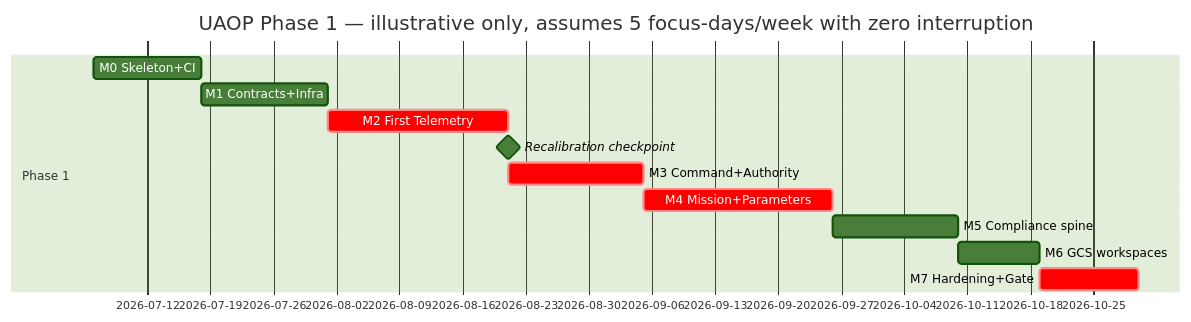
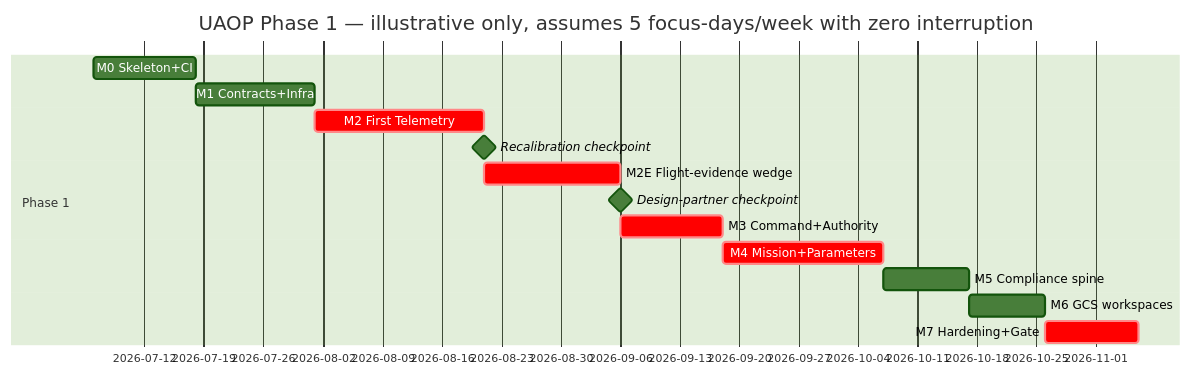
The second of 2 diagrams in docs/07_Implementation_Guides/IMPLEMENTATION_PLAN.md (Praddyx15/UAOP), drawn with Mermaid (forest theme) before and after one commit. The commit also changed other lines of this file and 17 other files, not shown here.

First line of the commit message:
ADR-0023: position UAOP as the flight-evidence layer; add M2E

````diff
--- a/docs/07_Implementation_Guides/IMPLEMENTATION_PLAN.md
+++ b/docs/07_Implementation_Guides/IMPLEMENTATION_PLAN.md
@@ -62,15 +68,17 @@
 ```mermaid
 gantt
     dateFormat  YYYY-MM-DD
     title UAOP Phase 1 — illustrative only, assumes 5 focus-days/week with zero interruption
     section Phase 1
     M0 Skeleton+CI            :m0, 2026-07-06, 12d
     M1 Contracts+Infra        :m1, after m0, 14d
     M2 First Telemetry        :crit, m2, after m1, 20d
     Recalibration checkpoint  :milestone, after m2, 0d
-    M3 Command+Authority      :crit, m3, after m2, 15d
-    M4 Mission+Parameters     :crit, m4, after m3, 21d
-    M5 Compliance spine       :m5, after m4, 14d
+    M2E Flight-evidence wedge :crit, m2e, after m2, 16d
+    Design-partner checkpoint :milestone, after m2e, 0d
+    M3 Command+Authority      :crit, m3, after m2e, 12d
+    M4 Mission+Parameters     :crit, m4, after m3, 19d
+    M5 Compliance spine       :m5, after m4, 10d
     M6 GCS workspaces         :m6, after m5, 9d
     M7 Hardening+Gate         :crit, m7, after m6, 11d
 ```
````
